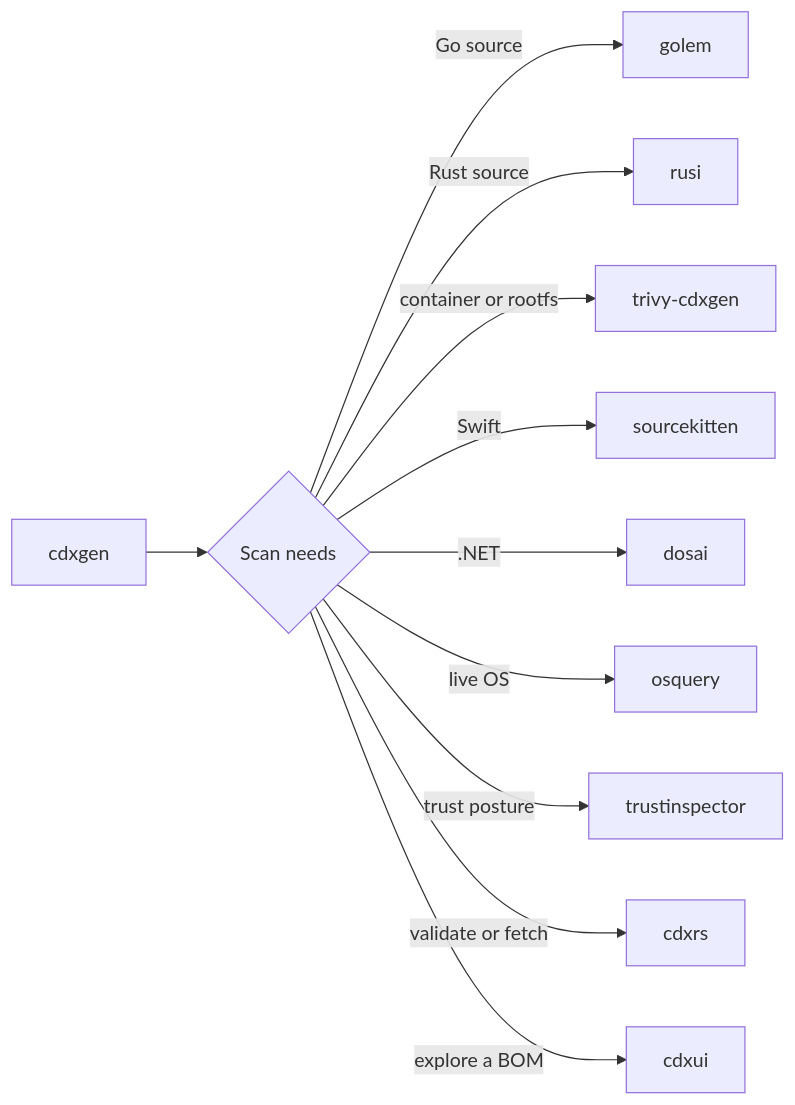
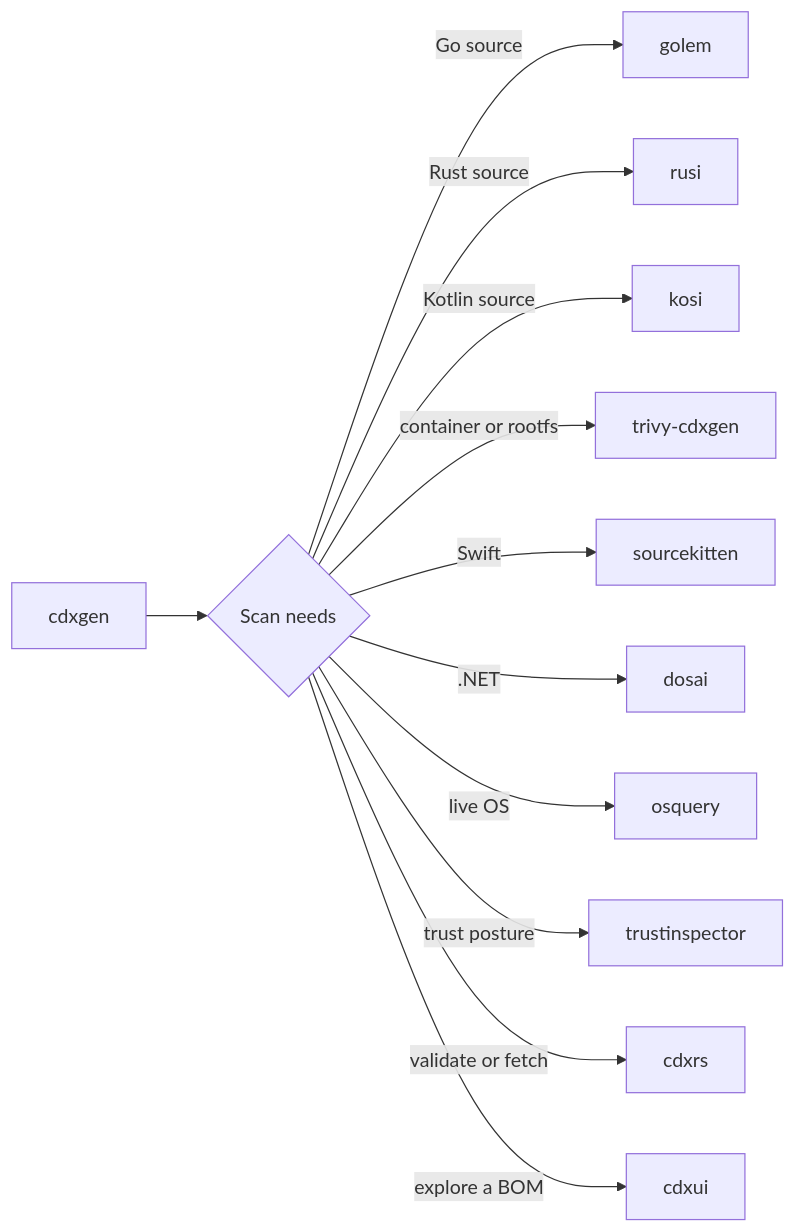
Before and after one commit to cdxgen/cdxgen-plugins-bin: the diagram in docs/README.md, drawn with Mermaid. The commit also changed other lines of this file and 12 other files, not shown here.

````diff
--- a/docs/README.md
+++ b/docs/README.md
@@ -5,13 +5,14 @@
 ```mermaid
 graph LR
   A[cdxgen] --> B{Scan needs}
   B -->|Go source| C[golem]
   B -->|Rust source| D[rusi]
+  B -->|Kotlin source| N[kosi]
   B -->|container or rootfs| E[trivy-cdxgen]
   B -->|Swift| F[sourcekitten]
   B -->|.NET| G[dosai]
   B -->|live OS| H[osquery]
   B -->|trust posture| I[trustinspector]
   B -->|validate or fetch| J[cdxrs]
   B -->|explore a BOM| K[cdxui]
 ```
````
